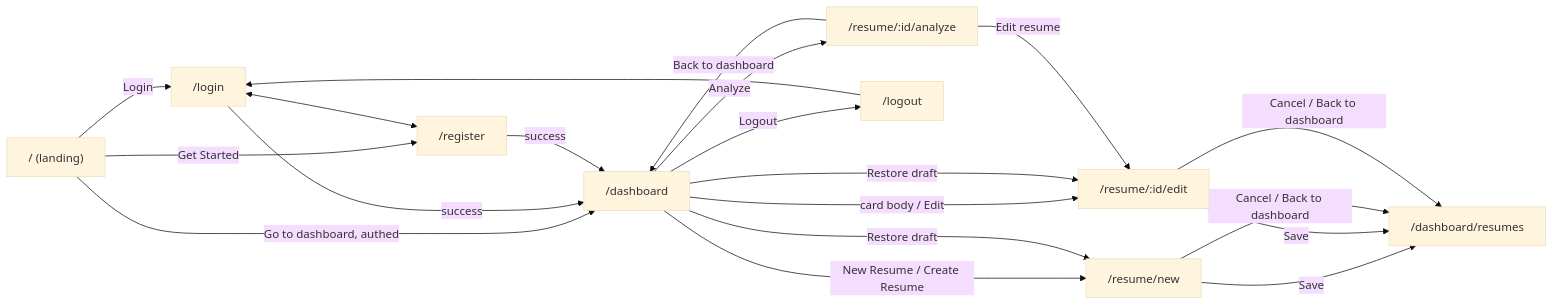
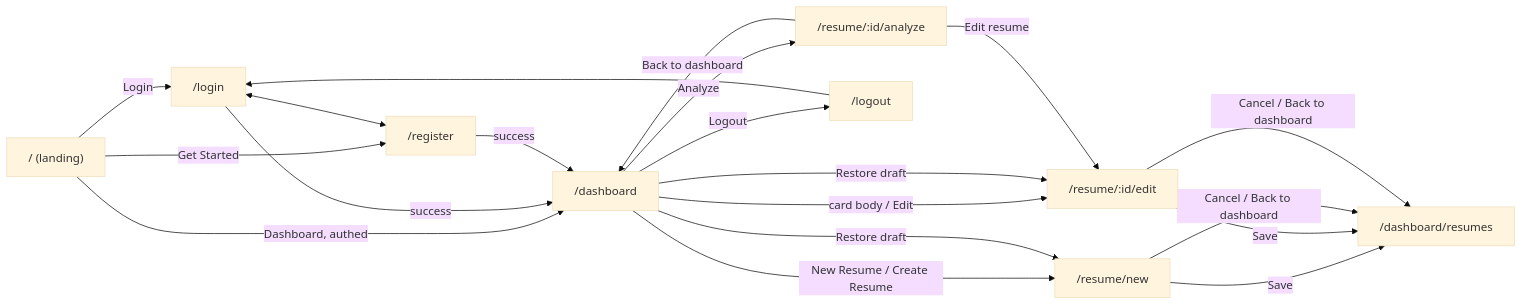
The diagram in docs/user-flow.md (LMTanjil/resume-optimizer-client), drawn with Mermaid (base theme) before and after one commit. The commit also changed 6 other files, not shown here.

````diff
--- a/docs/user-flow.md
+++ b/docs/user-flow.md
@@ -30,20 +30,20 @@
 ```mermaid
 flowchart LR
   Root["/ (landing)"] -->|Login| Login["/login"]
   Root -->|Get Started| Register
-  Root -->|Go to dashboard, authed| Dash["/dashboard"]
+  Root -->|Dashboard, authed| Dash["/dashboard"]
   Login <--> Register["/register"]
   Login -->|success| Dash
   Register -->|success| Dash
   Dash -->|New Resume / Create Resume| New["/resume/new"]
   Dash -->|card body / Edit| Edit["/resume/:id/edit"]
   Dash -->|Analyze| Analyze["/resume/:id/analyze"]
   Dash -->|Restore draft| New
   Dash -->|Restore draft| Edit
   New -->|Save| Resumes["/dashboard/resumes"]
   Edit -->|Save| Resumes
   Analyze -->|Edit resume| Edit
   Analyze -->|Back to dashboard| Dash
   New & Edit -->|Cancel / Back to dashboard| Resumes
   Dash -->|Logout| Logout["/logout"] --> Login
 ```
````
